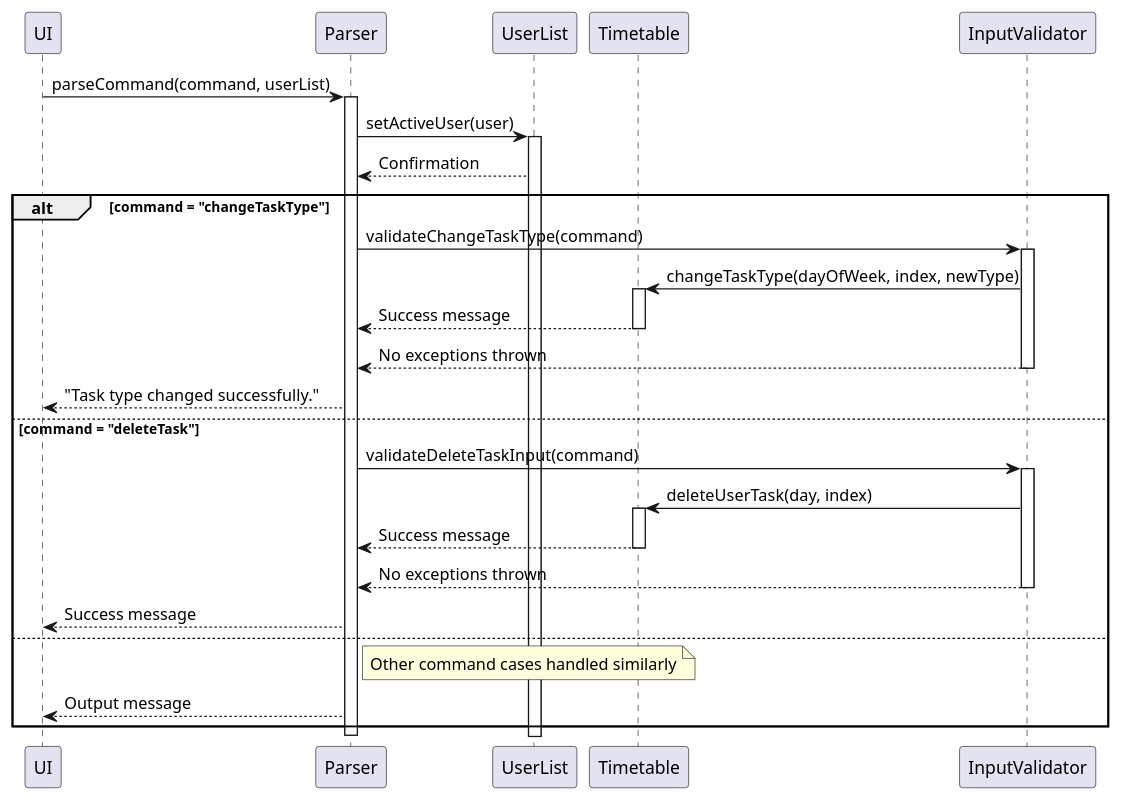
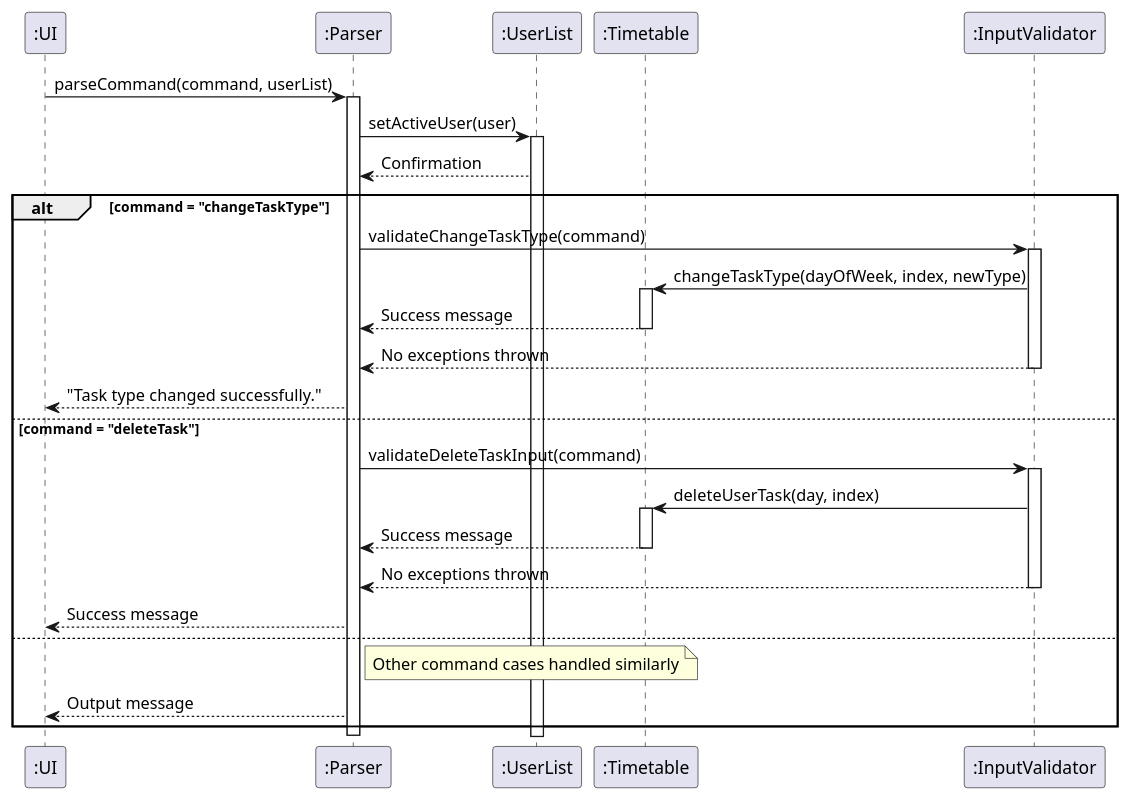
Before and after one commit to ZhuSijia0711/tp: the diagram in docs/Parse.puml, drawn with PlantUML. The commit also changed 9 other files, not shown here.

Commit message:
Fixing DG diagrams

```diff
--- a/docs/Parse.puml
+++ b/docs/Parse.puml
@@ -1,43 +1,43 @@
 @startuml
-participant UI
-participant Parser
-participant UserList
-participant Timetable
-participant InputValidator
+participant ":UI" as UI
+participant ":Parser" as Parser
+participant ":UserList" as UserList
+participant ":Timetable" as Timetable
+participant ":InputValidator" as InputValidator
 
 UI -> Parser: parseCommand(command, userList)
 activate Parser
 
 Parser -> UserList: setActiveUser(user)
 activate UserList
 UserList --> Parser: Confirmation
 
 alt command = "changeTaskType"
     Parser -> InputValidator: validateChangeTaskType(command)
     activate InputValidator
     InputValidator -> Timetable: changeTaskType(dayOfWeek, index, newType)
     activate Timetable
     Timetable --> Parser: Success message
     deactivate Timetable
     InputValidator --> Parser: No exceptions thrown
     deactivate InputValidator
     Parser --> UI: "Task type changed successfully."
 else command = "deleteTask"
     Parser -> InputValidator: validateDeleteTaskInput(command)
     activate InputValidator
     InputValidator -> Timetable: deleteUserTask(day, index)
     activate Timetable
     Timetable --> Parser: Success message
     deactivate Timetable
     InputValidator --> Parser: No exceptions thrown
     deactivate InputValidator
     Parser --> UI: Success message
 else
     note right of Parser
         Other command cases handled similarly
     end note
     Parser --> UI: Output message
 end
 
 deactivate Parser
 @enduml
```
